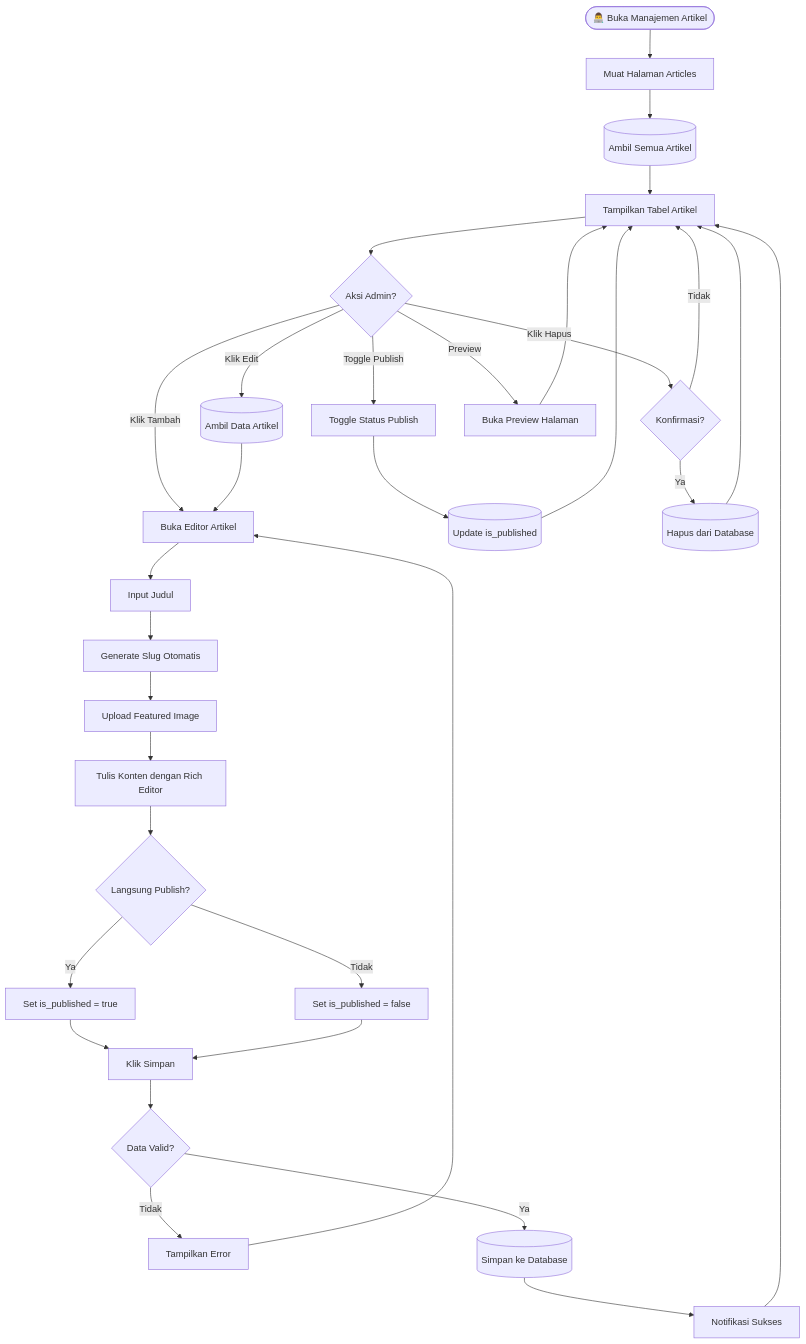
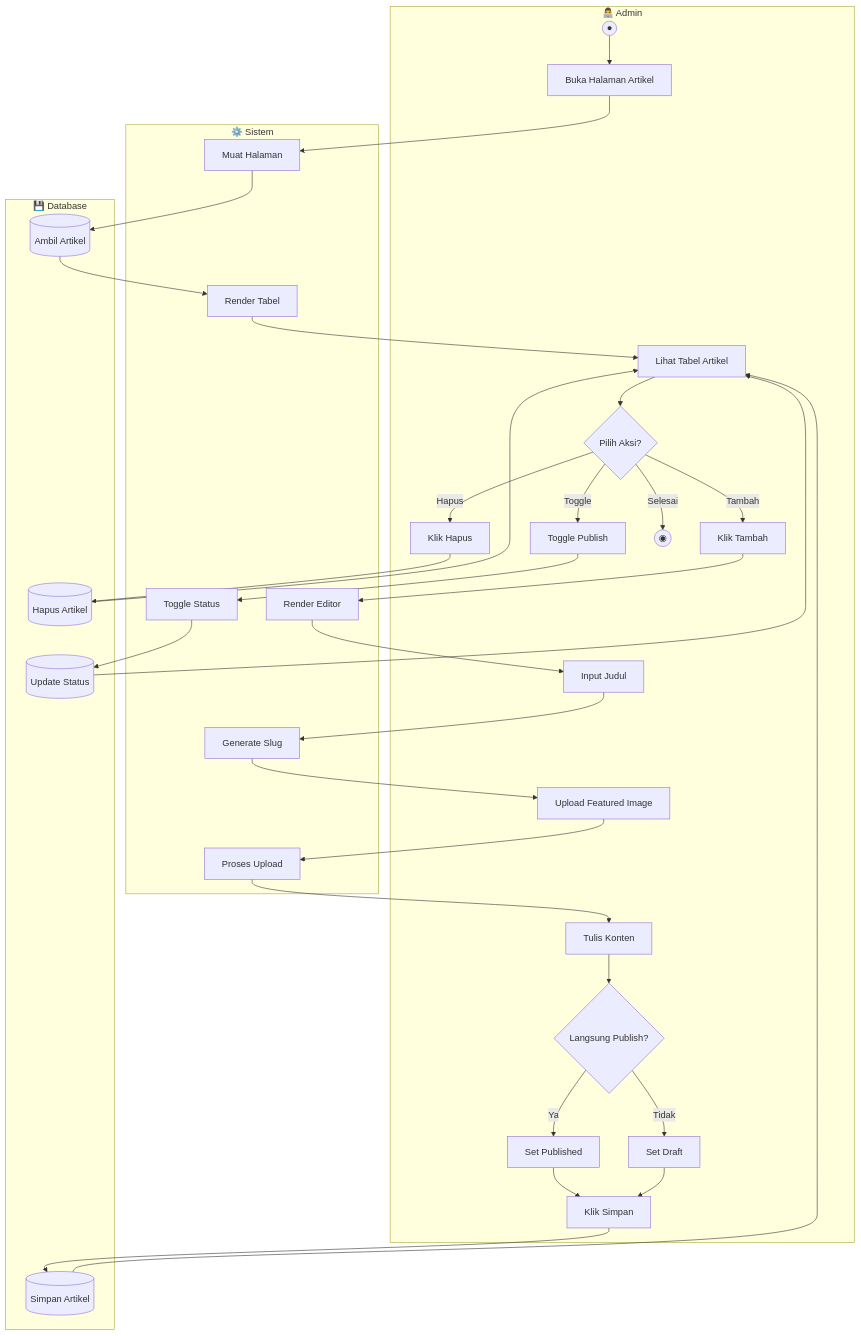
Diagram 15 of 17 in docs/ACTIVITY_DIAGRAMS.md (mustarisyahding07-spec/WEBSITE_SKRIPSI_MUSTARI), drawn with Mermaid before and after one commit. The commit also changed other lines of this file, not shown here.

Commit message:
docs: update activity diagrams with swimlane format

````diff
--- a/docs/ACTIVITY_DIAGRAMS.md
+++ b/docs/ACTIVITY_DIAGRAMS.md
@@ -623,39 +921,65 @@
 ```mermaid
 flowchart TD
-    Start([👨‍💻 Buka Manajemen Artikel]) --> LoadPage[Muat Halaman Articles]
-    LoadPage --> FetchArticles[(Ambil Semua Artikel)]
-    FetchArticles --> DisplayTable[Tampilkan Tabel Artikel]
-    DisplayTable --> UserAction{Aksi Admin?}
+    subgraph Admin["👨‍💻 Admin"]
+        A1((●))
+        A2[Buka Halaman Artikel]
+        A3[Lihat Tabel Artikel]
+        A4{Pilih Aksi?}
+        A5[Klik Tambah]
+        A6[Input Judul]
+        A7[Upload Featured Image]
+        A8[Tulis Konten]
+        A9{Langsung Publish?}
+        A10[Set Published]
+        A11[Set Draft]
+        A12[Klik Simpan]
+        A13[Toggle Publish]
+        A14[Klik Hapus]
+        A15((◉))
+    end
     
-    UserAction -->|Klik Tambah| OpenEditor[Buka Editor Artikel]
-    OpenEditor --> InputTitle[Input Judul]
-    InputTitle --> AutoSlug[Generate Slug Otomatis]
-    AutoSlug --> UploadFeaturedImage[Upload Featured Image]
-    UploadFeaturedImage --> WriteContent[Tulis Konten dengan Rich Editor]
-    WriteContent --> SetPublished{Langsung Publish?}
-    SetPublished -->|Ya| SetPublishTrue[Set is_published = true]
-    SetPublished -->|Tidak| SetPublishFalse[Set is_published = false]
-    SetPublishTrue --> ClickSave
-    SetPublishFalse --> ClickSave[Klik Simpan]
-    ClickSave --> ValidateArticle{Data Valid?}
-    ValidateArticle -->|Tidak| ShowError[Tampilkan Error]
-    ShowError --> OpenEditor
-    ValidateArticle -->|Ya| SaveArticle[(Simpan ke Database)]
-    SaveArticle --> ShowSuccess[Notifikasi Sukses]
-    ShowSuccess --> DisplayTable
+    subgraph Sistem["⚙️ Sistem"]
+        S1[Muat Halaman]
+        S2[Render Tabel]
+        S3[Render Editor]
+        S4[Generate Slug]
+        S5[Proses Upload]
+        S6[Toggle Status]
+    end
     
-    UserAction -->|Klik Edit| LoadArticle[(Ambil Data Artikel)]
-    LoadArticle --> OpenEditor
+    subgraph Database["💾 Database"]
+        D1[(Ambil Artikel)]
+        D2[(Simpan Artikel)]
+        D3[(Update Status)]
+        D4[(Hapus Artikel)]
+    end
     
-    UserAction -->|Toggle Publish| ToggleStatus[Toggle Status Publish]
-    ToggleStatus --> UpdatePublish[(Update is_published)]
-    UpdatePublish --> DisplayTable
-    
-    UserAction -->|Klik Hapus| ConfirmDelete{Konfirmasi?}
-    ConfirmDelete -->|Tidak| DisplayTable
-    ConfirmDelete -->|Ya| DeleteArticle[(Hapus dari Database)]
-    DeleteArticle --> DisplayTable
-    
-    UserAction -->|Preview| OpenPreview[Buka Preview Halaman]
-    OpenPreview --> DisplayTable
+    A1 --> A2
+    A2 --> S1
+    S1 --> D1
+    D1 --> S2
+    S2 --> A3
+    A3 --> A4
+    A4 -->|Tambah| A5
+    A5 --> S3
+    S3 --> A6
+    A6 --> S4
+    S4 --> A7
+    A7 --> S5
+    S5 --> A8
+    A8 --> A9
+    A9 -->|Ya| A10
+    A9 -->|Tidak| A11
+    A10 --> A12
+    A11 --> A12
+    A12 --> D2
+    D2 --> A3
+    A4 -->|Toggle| A13
+    A13 --> S6
+    S6 --> D3
+    D3 --> A3
+    A4 -->|Hapus| A14
+    A14 --> D4
+    D4 --> A3
+    A4 -->|Selesai| A15
 ```
````
